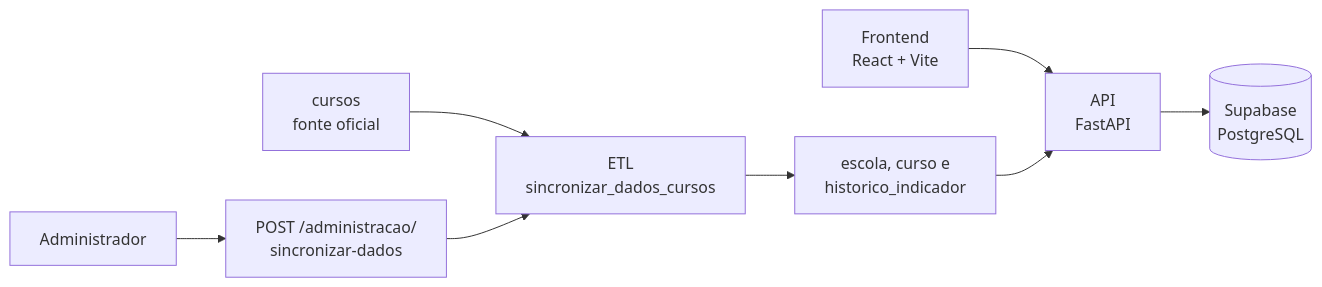
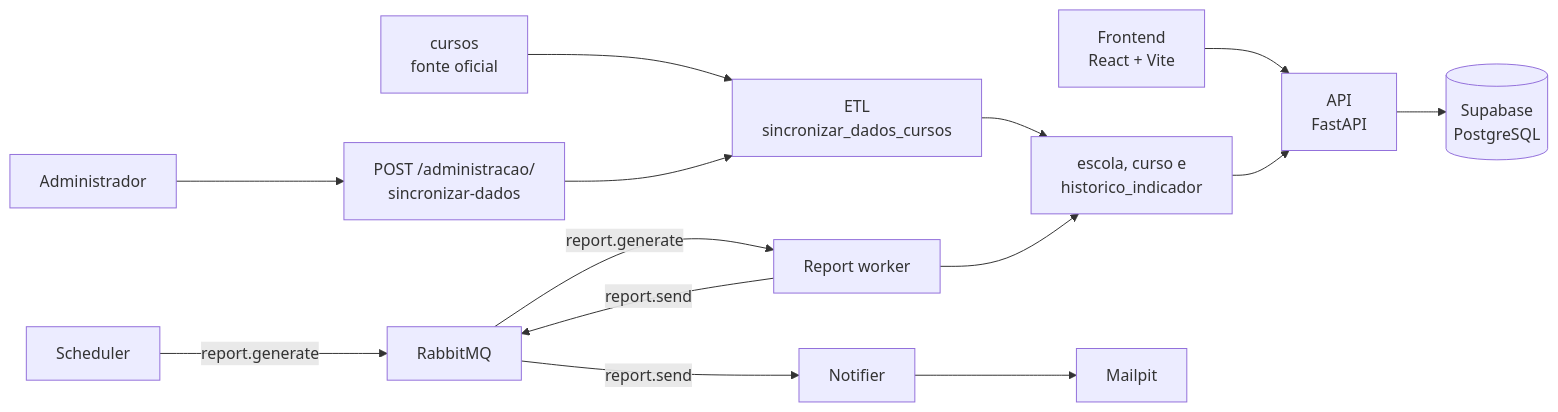
Before and after one commit to isinhah/desempenho-academico: the diagram in README.md, drawn with Mermaid. The commit also changed other lines of this file and 11 other files, not shown here.

````diff
--- a/README.md
+++ b/README.md
@@ -18,10 +20,16 @@
 ```mermaid
 flowchart LR
     frontend[Frontend<br/>React + Vite] --> api[API<br/>FastAPI]
     api --> supabase[(Supabase<br/>PostgreSQL)]
     fonte["cursos<br/>fonte oficial"] --> etl["ETL<br/>sincronizar_dados_cursos"]
     etl --> analiticas["escola, curso e<br/>historico_indicador"]
     analiticas --> api
     admin["Administrador"] --> endpoint["POST /administracao/<br/>sincronizar-dados"]
     endpoint --> etl
+    scheduler[Scheduler] -->|report.generate| rabbit[RabbitMQ]
+    rabbit -->|report.generate| worker[Report worker]
+    worker --> analiticas
+    worker -->|report.send| rabbit
+    rabbit -->|report.send| notifier[Notifier]
+    notifier --> mailpit[Mailpit]
 ```
````
